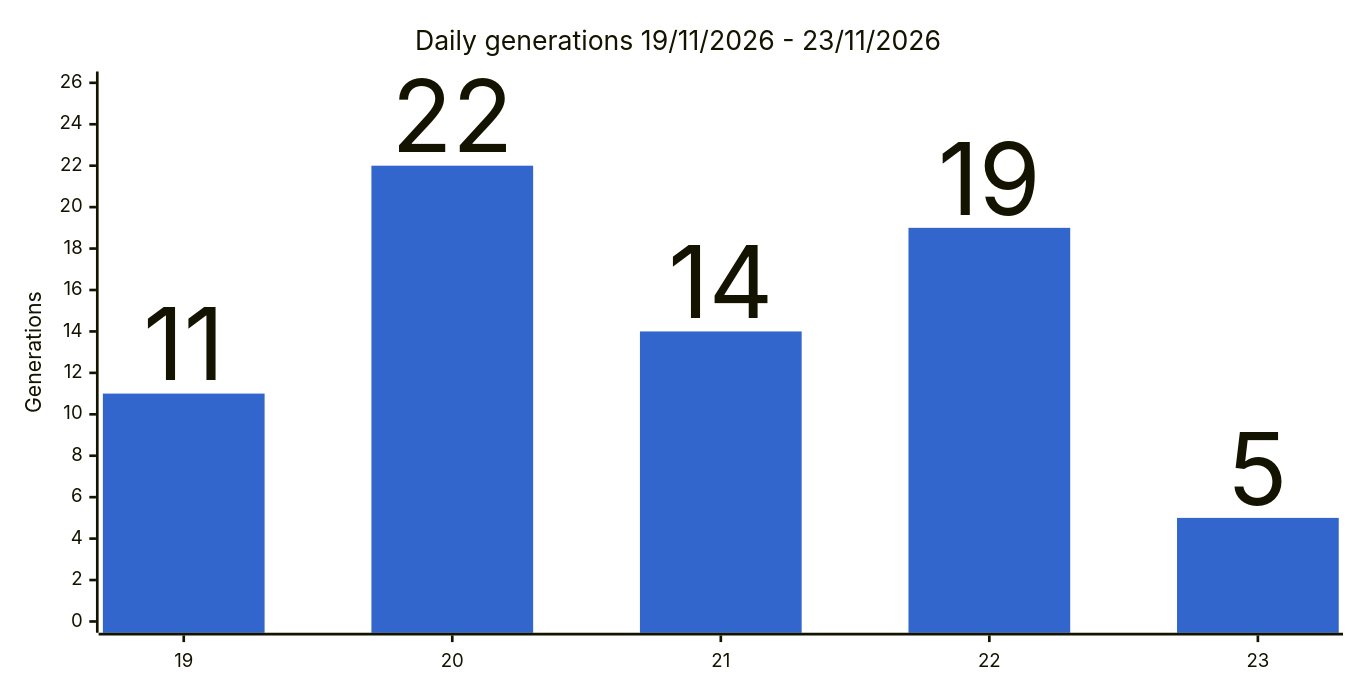
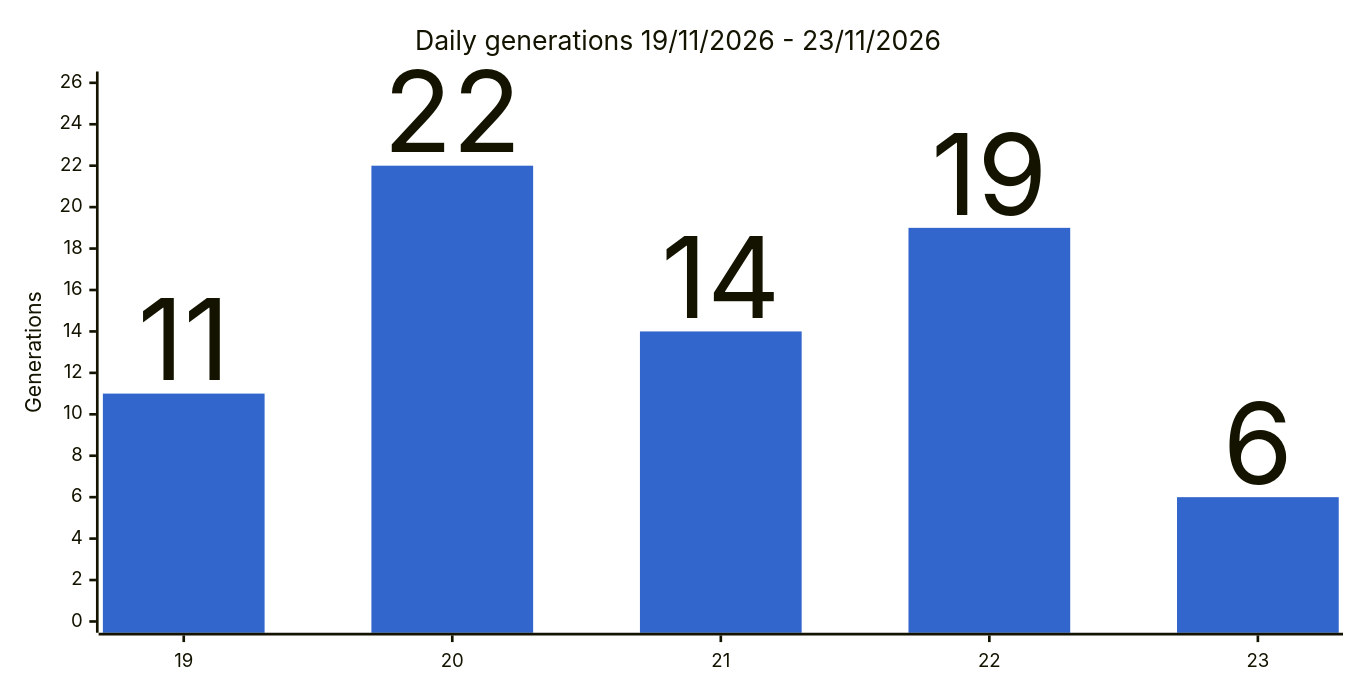
One commit to gmoulard/wikipedia2book changed the second of 4 diagrams in docs/stats.md. Above: the diagram before and after it, drawn with Mermaid. The commit also changed other lines of this file and 2 other files, not shown here.

````diff
--- a/docs/stats.md
+++ b/docs/stats.md
@@ -32,8 +32,8 @@
 ```mermaid
 %%{init: {"xyChart": {"width": 1000, "showDataLabel": true, "showDataLabelOutsideBar": true}, "themeVariables": {"xyChart": {"plotColorPalette": "#3366cc"}}}}%%
 xychart-beta
     title "Daily generations 19/11/2026 - 23/11/2026"
     x-axis ["19", "20", "21", "22", "23"]
     y-axis "Generations" 0 --> 26
-    bar [11, 22, 14, 19, 5]
+    bar [11, 22, 14, 19, 6]
 ```
````
